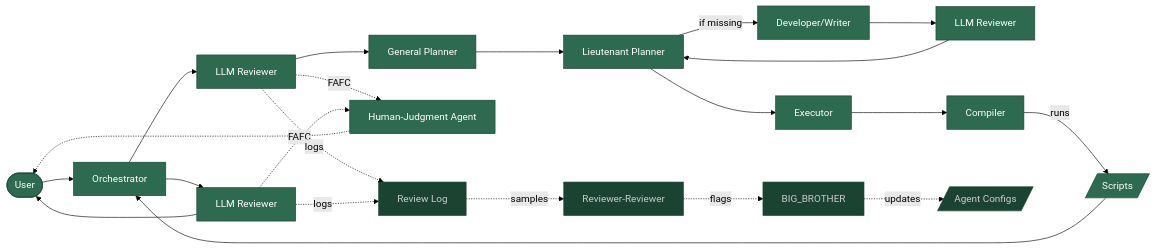
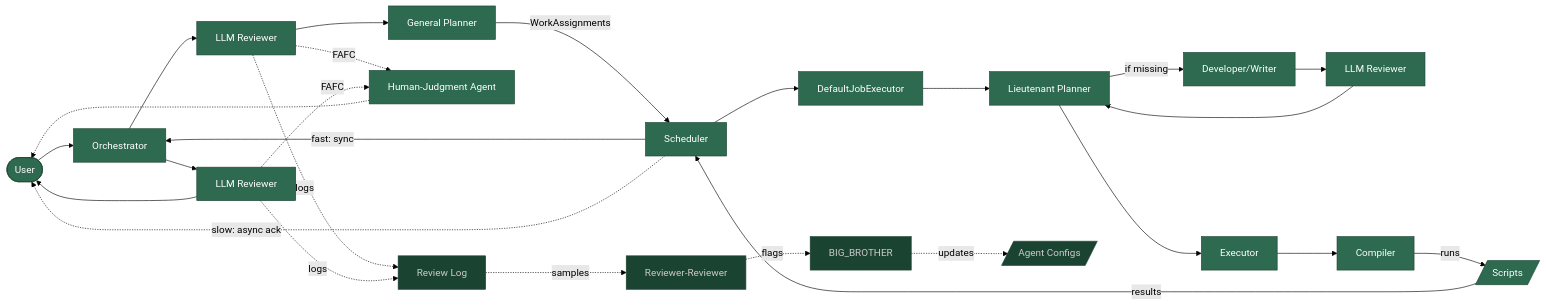
One commit to hikusukih/writ changed the diagram in docs/planning/Roadmap.md. Above: the diagram before and after it, drawn with Mermaid (forest theme). The commit also changed other lines of this file and 3 other files, not shown here.

````diff
--- a/docs/planning/Roadmap.md
+++ b/docs/planning/Roadmap.md
@@ -49,31 +49,35 @@
 ```mermaid
 graph LR
     User(["User"]) --> Orch["Orchestrator"]
     Orch --> Rev1["LLM Reviewer"]
     Rev1 --> GP["General Planner"]
-    GP --> LP["Lieutenant Planner"]
+    GP -->|"WorkAssignments"| Sched["Scheduler"]
+    Sched --> DJE["DefaultJobExecutor"]
+    DJE --> LP["Lieutenant Planner"]
     LP -->|"if missing"| DW["Developer/Writer"]
     DW --> DWRev["LLM Reviewer"]
     DWRev --> LP
     LP --> Exec["Executor"]
     Exec --> Compiler["Compiler"]
     Compiler -->|"runs"| Scripts[/"Scripts"/]
-    Scripts --> Orch
+    Scripts -->|"results"| Sched
+    Sched -->|"fast: sync"| Orch
+    Sched -.->|"slow: async ack"| User
     Orch --> Rev2["LLM Reviewer"]
     Rev2 --> User
 
     Rev1 -.->|"FAFC"| HJA["Human-Judgment Agent"]
     Rev2 -.->|"FAFC"| HJA
     HJA -.-> User
 
     Rev1 -.->|"logs"| RL["Review Log"]
     Rev2 -.->|"logs"| RL
     RL -.->|"samples"| RR["Reviewer-Reviewer"]
     RR -.->|"flags"| BB["BIG_BROTHER"]
     BB -.->|"updates"| Configs[/"Agent Configs"/]
 
     classDef built fill:#2d6a4f,color:#fff,stroke:#1b4332
     classDef support fill:#1b4332,color:#ccc,stroke:#1b4332
-    class User,Orch,Rev1,GP,LP,DW,DWRev,Exec,Compiler,Scripts,Rev2,HJA built
+    class User,Orch,Rev1,GP,Sched,DJE,LP,DW,DWRev,Exec,Compiler,Scripts,Rev2,HJA built
     class RL,RR,BB,Configs support
 ```
````
